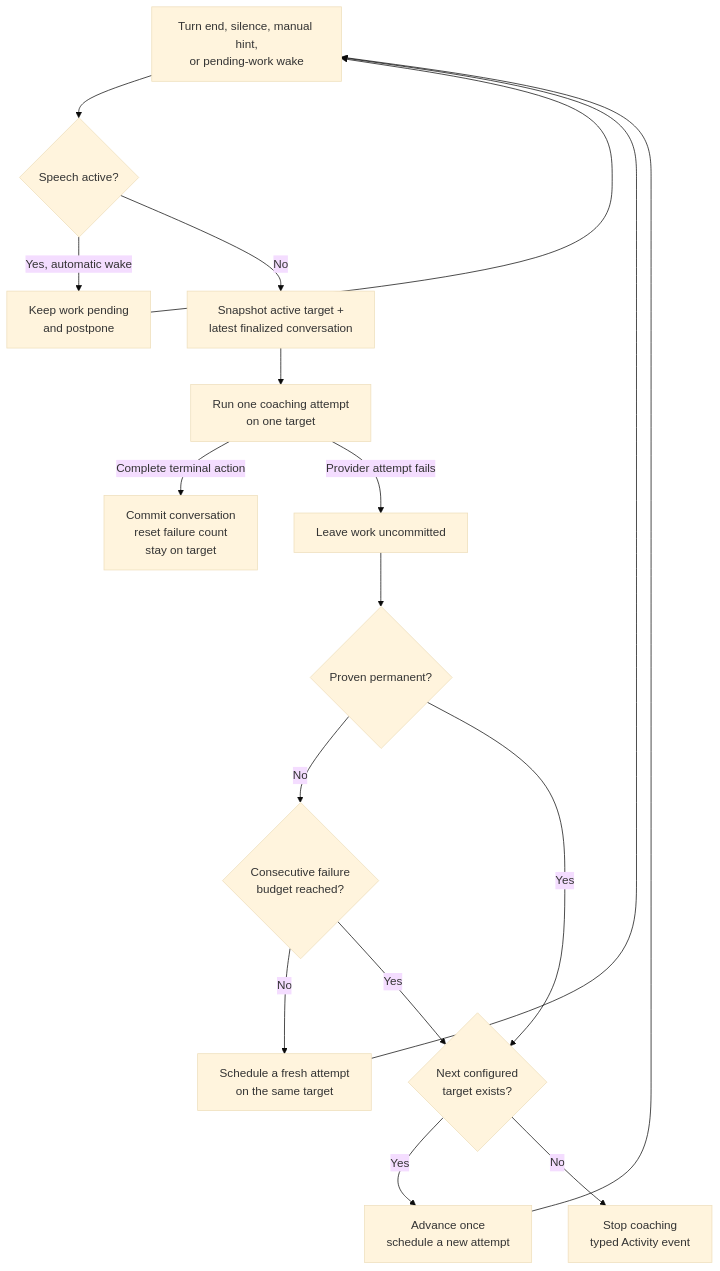
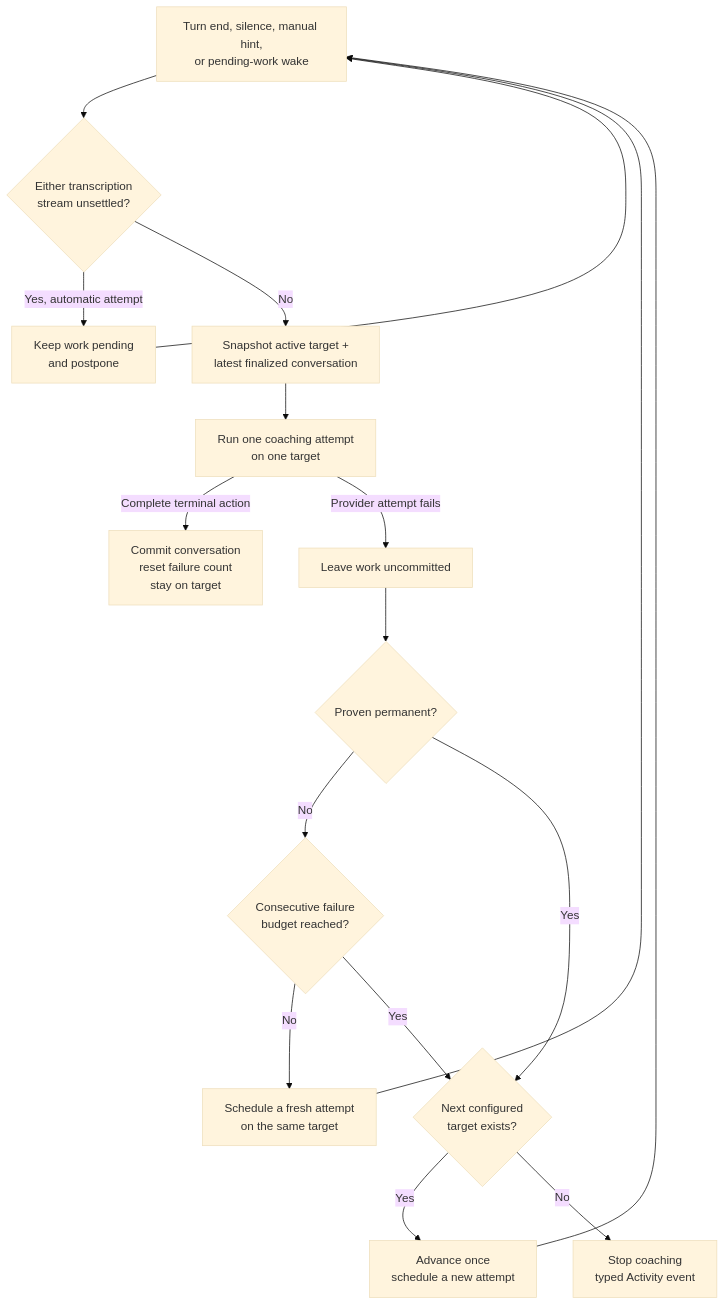
The diagram in wiki/architecture.md (JINGBANZ/jarvis), drawn with Mermaid (base theme) before and after one commit. The commit also changed other lines of this file and 23 other files, not shown here.

````diff
--- a/wiki/architecture.md
+++ b/wiki/architecture.md
@@ -278,19 +286,19 @@
 ```mermaid
 flowchart TD
-    T[Turn end, silence, manual hint,<br/>or pending-work wake] --> S{Speech active?}
-    S -- Yes, automatic wake --> P[Keep work pending<br/>and postpone]
+    T[Turn end, silence, manual hint,<br/>or pending-work wake] --> S{Either transcription<br/>stream unsettled?}
+    S -- Yes, automatic attempt --> P[Keep work pending<br/>and postpone]
     S -- No --> A[Snapshot active target +<br/>latest finalized conversation]
     A --> R[Run one coaching attempt<br/>on one target]
     R -- Complete terminal action --> C[Commit conversation<br/>reset failure count<br/>stay on target]
     R -- Provider attempt fails --> U[Leave work uncommitted]
     U --> D{Proven permanent?}
     D -- No --> B{Consecutive failure<br/>budget reached?}
     B -- No --> W[Schedule a fresh attempt<br/>on the same target]
     D -- Yes --> N{Next configured<br/>target exists?}
     B -- Yes --> N
     N -- Yes --> F[Advance once<br/>schedule a new attempt]
     N -- No --> X[Stop coaching<br/>typed Activity event]
     W --> T
     F --> T
     P --> T
 ```
````
